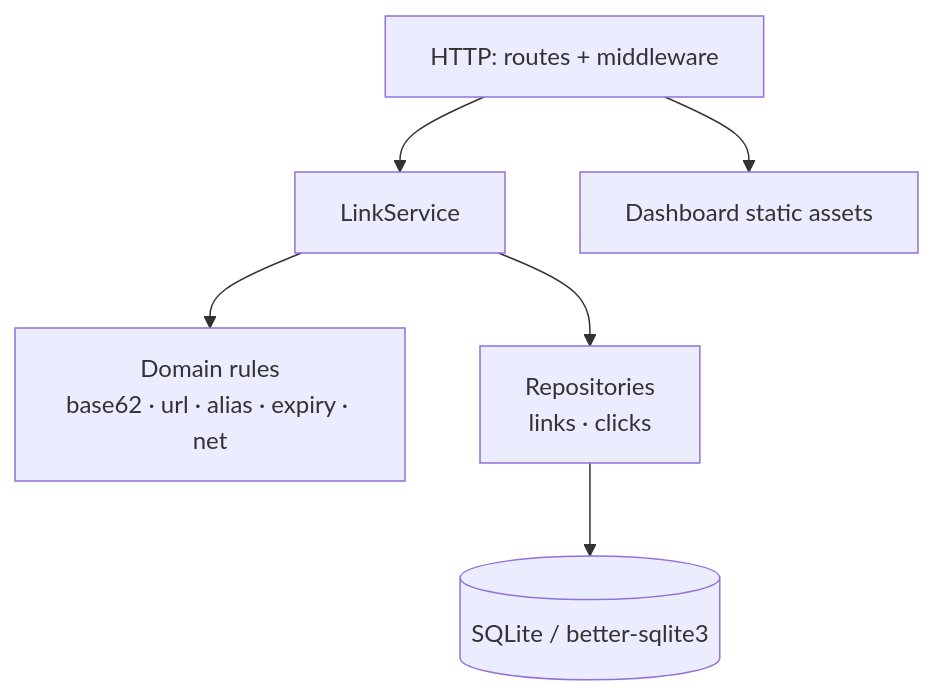
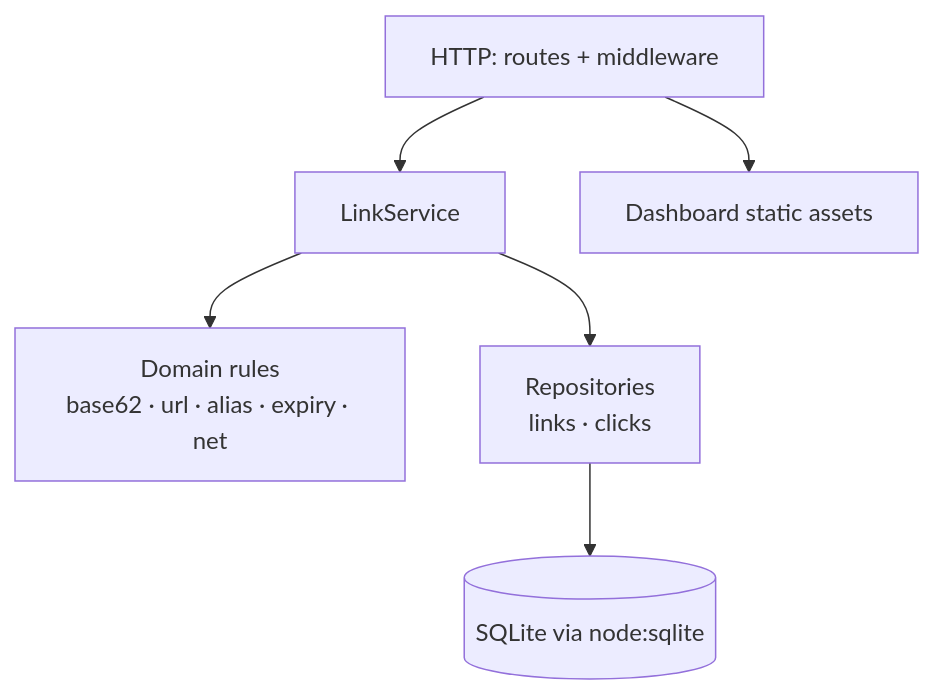
One commit to Reskilll/sdsi-demo changed the first of 4 diagrams in submissions/kunal-p1/url-shortener/docs/ARCHITECTURE.md. Above: the diagram before and after it, drawn with Mermaid. The commit also changed 3 other files, not shown here.

````diff
--- a/submissions/kunal-p1/url-shortener/docs/ARCHITECTURE.md
+++ b/submissions/kunal-p1/url-shortener/docs/ARCHITECTURE.md
@@ -12,8 +12,8 @@
 ```mermaid
 flowchart TD
     A[HTTP: routes + middleware] --> B[LinkService]
     B --> C[Domain rules<br/>base62 · url · alias · expiry · net]
     B --> D[Repositories<br/>links · clicks]
-    D --> E[(SQLite / better-sqlite3)]
+    D --> E[(SQLite via node:sqlite)]
     A --> F[Dashboard static assets]
 ```
````
